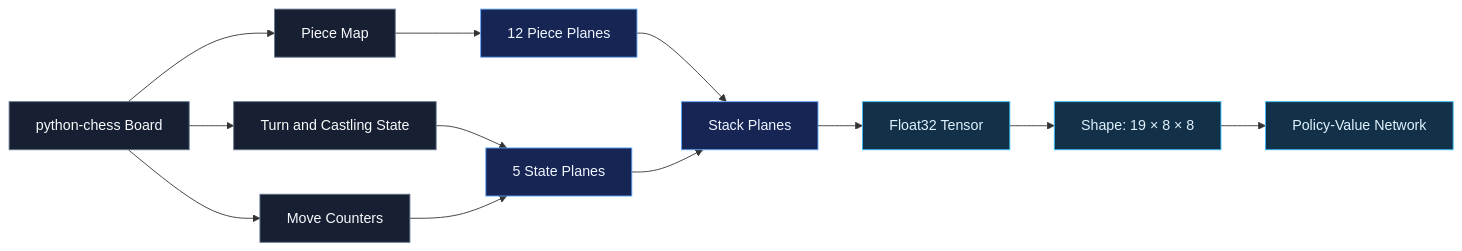
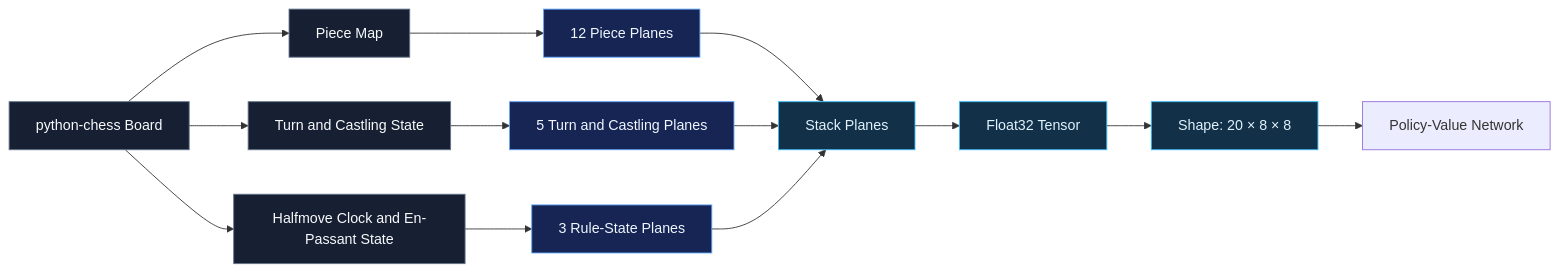
Before and after one commit to Nomusa990822/AlphaZero-Style-Chess-AI-Self-Play-Reinforcement-Learning-with-MCTS-and-Policy-Value-Networks: the second of 10 diagrams in README.md, drawn with Mermaid. The commit also changed other lines of this file and 57 other files, not shown here.

````diff
--- a/README.md
+++ b/README.md
@@ -236,23 +237,24 @@
 ```mermaid
 flowchart LR
     A["python-chess Board"] --> B["Piece Map"]
     A --> C["Turn and Castling State"]
-    A --> D["Move Counters"]
+    A --> D["Halfmove Clock and En-Passant State"]
 
     B --> E["12 Piece Planes"]
-    C --> F["5 State Planes"]
-    D --> F
+    C --> F["5 Turn and Castling Planes"]
+    D --> G["3 Rule-State Planes"]
 
-    E --> G["Stack Planes"]
-    F --> G
-    G --> H["Float32 Tensor"]
-    H --> I["Shape: 19 × 8 × 8"]
-    I --> J["Policy-Value Network"]
+    E --> H["Stack Planes"]
+    F --> H
+    G --> H
+    H --> I["Float32 Tensor"]
+    I --> J["Shape: 20 × 8 × 8"]
+    J --> K["Policy-Value Network"]
 
     classDef source  fill:#172033,stroke:#64748b,color:#f8fafc
     classDef process fill:#172554,stroke:#60a5fa,color:#eff6ff
     classDef output  fill:#123047,stroke:#38bdf8,color:#e0f2fe
     class A,B,C,D source
     class E,F,G process
     class H,I,J output
 ```
````
